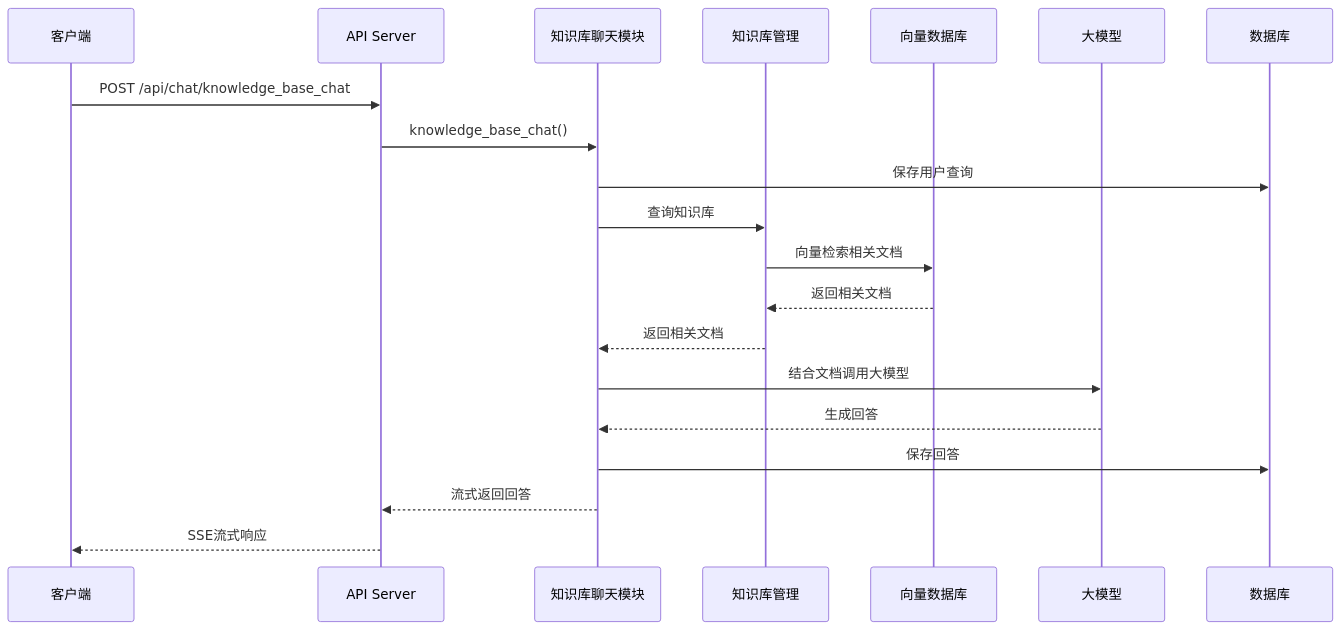
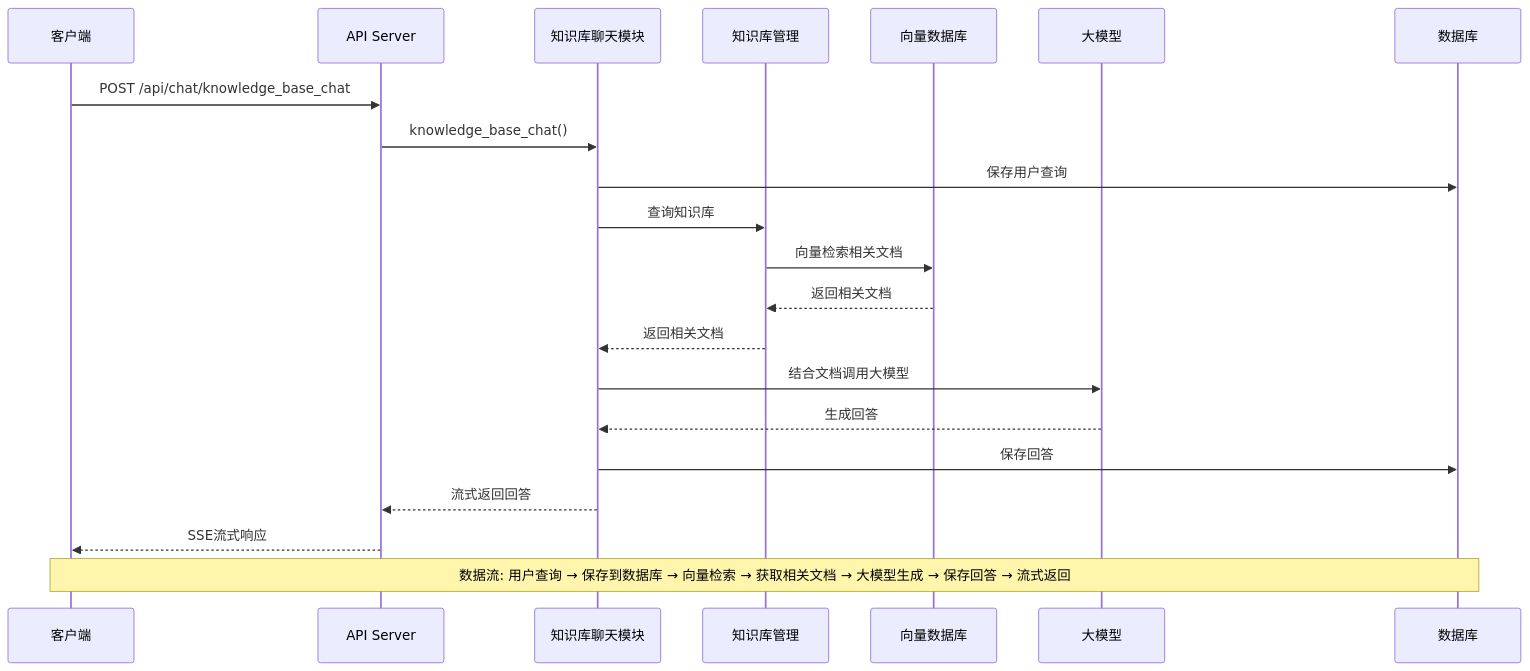
Before and after one commit to amuqiao/fufan-chat-api-example: the third of 7 diagrams in Fufan Chat API 项目架构分析.md, drawn with Mermaid. The commit also changed other lines of this file and 1 other file, not shown here.

````diff
--- a/Fufan Chat API 项目架构分析.md
+++ b/Fufan Chat API 项目架构分析.md
@@ -125,23 +127,25 @@
 ```mermaid
 sequenceDiagram
     participant Client as 客户端
     participant API as API Server
     participant KB_Chat as 知识库聊天模块
     participant KB as 知识库管理
     participant VectorDB as 向量数据库
     participant Model as 大模型
     participant DB as 数据库
     
     Client->>API: POST /api/chat/knowledge_base_chat
     API->>KB_Chat: knowledge_base_chat()
     KB_Chat->>DB: 保存用户查询
     KB_Chat->>KB: 查询知识库
     KB->>VectorDB: 向量检索相关文档
     VectorDB-->>KB: 返回相关文档
     KB-->>KB_Chat: 返回相关文档
     KB_Chat->>Model: 结合文档调用大模型
     Model-->>KB_Chat: 生成回答
     KB_Chat->>DB: 保存回答
     KB_Chat-->>API: 流式返回回答
     API-->>Client: SSE流式响应
+    
+    Note over Client,DB: 数据流: 用户查询 → 保存到数据库 → 向量检索 → 获取相关文档 → 大模型生成 → 保存回答 → 流式返回
 ```
````
